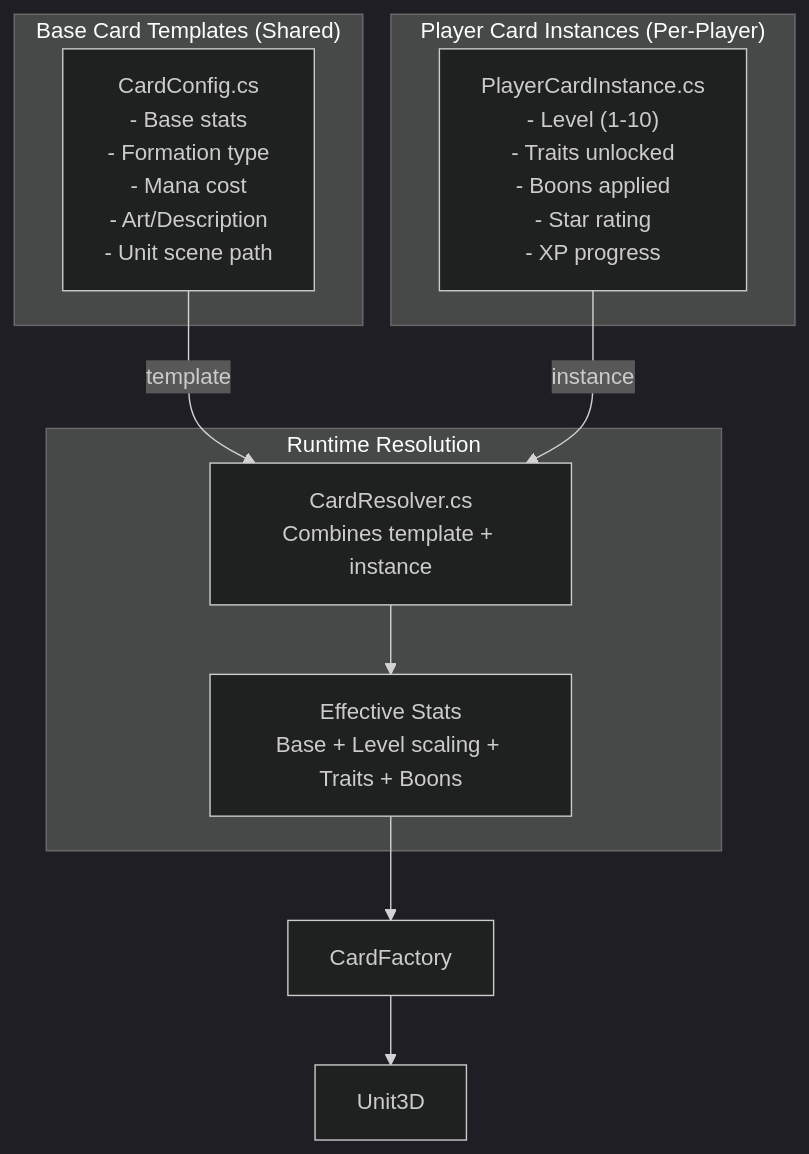
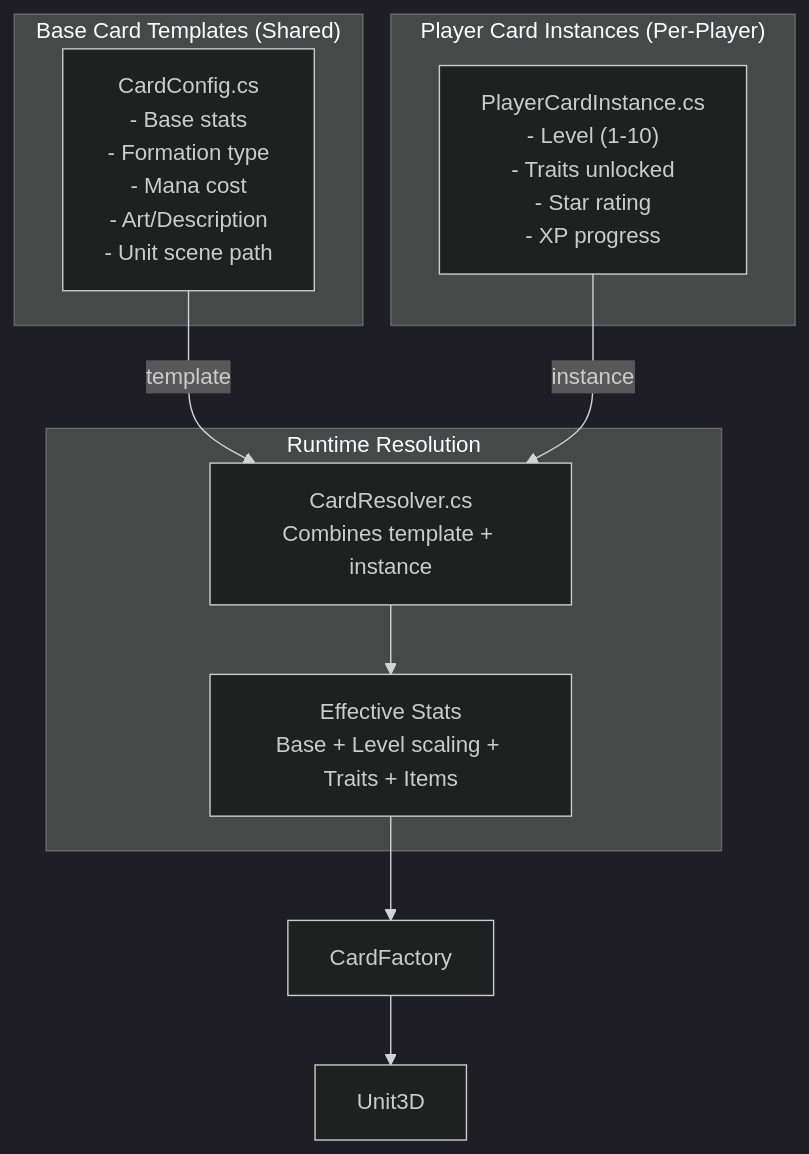
One commit to amari-charles/project-summoner changed the third of 3 diagrams in docs/architecture/transformation-roadmap.md. Above: the diagram before and after it, drawn with Mermaid (dark theme). The commit also changed other lines of this file and 20 other files, not shown here.

````diff
--- a/docs/architecture/transformation-roadmap.md
+++ b/docs/architecture/transformation-roadmap.md
@@ -173,21 +173,21 @@
 ```mermaid
 flowchart TB
     subgraph Templates["Base Card Templates (Shared)"]
         CardConfig3["CardConfig.cs<br/>- Base stats<br/>- Formation type<br/>- Mana cost<br/>- Art/Description<br/>- Unit scene path"]
     end
 
     subgraph PlayerData["Player Card Instances (Per-Player)"]
-        PlayerCard["PlayerCardInstance.cs<br/>- Level (1-10)<br/>- Traits unlocked<br/>- Boons applied<br/>- Star rating<br/>- XP progress"]
+        PlayerCard["PlayerCardInstance.cs<br/>- Level (1-10)<br/>- Traits unlocked<br/>- Star rating<br/>- XP progress"]
     end
 
     subgraph Runtime["Runtime Resolution"]
         Resolver["CardResolver.cs<br/>Combines template + instance"]
-        FinalStats["Effective Stats<br/>Base + Level scaling + Traits + Boons"]
+        FinalStats["Effective Stats<br/>Base + Level scaling + Traits + Items"]
     end
 
     CardConfig3 -->|"template"| Resolver
     PlayerCard -->|"instance"| Resolver
     Resolver --> FinalStats
     FinalStats --> CardFactory
     CardFactory --> Unit3D
 ```
````
